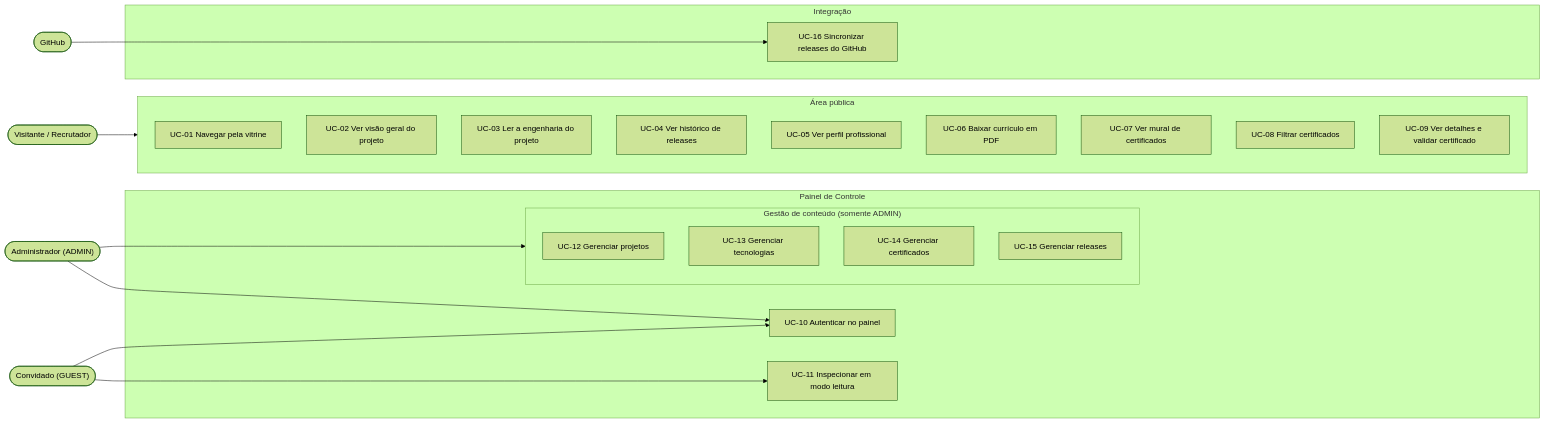
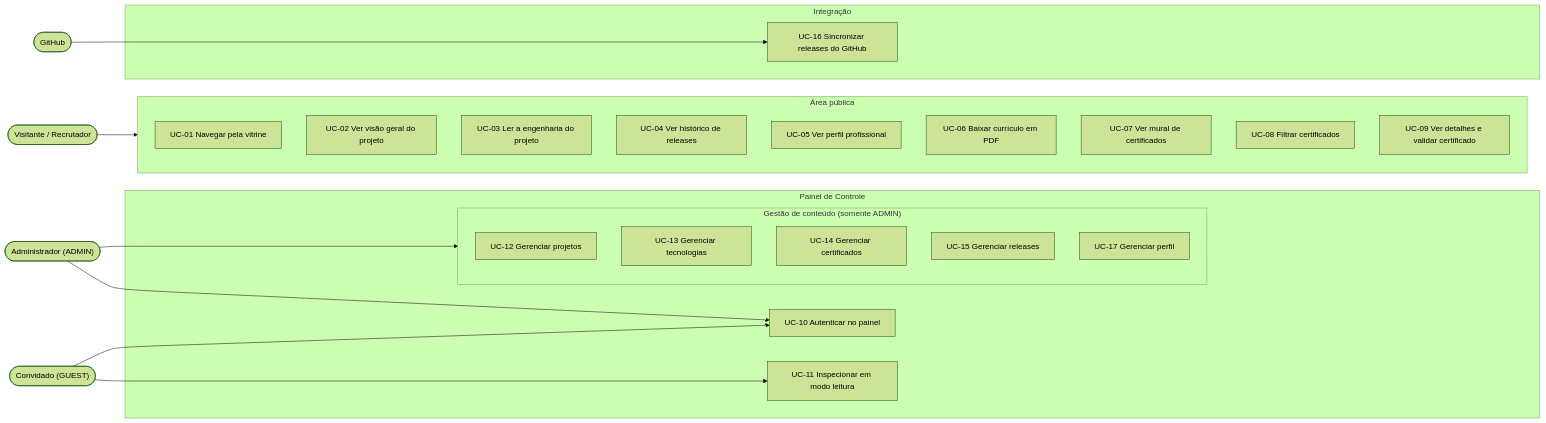
The diagram in docs/casos-de-uso.md (JosivalSalvador/portfolio_JosivalSalvador), drawn with Mermaid (forest theme) before and after one commit. The commit also changed other lines of this file and 39 other files, not shown here.

````diff
--- a/docs/casos-de-uso.md
+++ b/docs/casos-de-uso.md
@@ -55,41 +56,42 @@
 ```mermaid
 flowchart LR
     V(["Visitante / Recrutador"])
     G(["Convidado (GUEST)"])
     A(["Administrador (ADMIN)"])
     GH(["GitHub"])
 
     subgraph PUB["Área pública"]
         UC01["UC-01 Navegar pela vitrine"]
         UC02["UC-02 Ver visão geral do projeto"]
         UC03["UC-03 Ler a engenharia do projeto"]
         UC04["UC-04 Ver histórico de releases"]
         UC05["UC-05 Ver perfil profissional"]
         UC06["UC-06 Baixar currículo em PDF"]
         UC07["UC-07 Ver mural de certificados"]
         UC08["UC-08 Filtrar certificados"]
         UC09["UC-09 Ver detalhes e validar certificado"]
     end
 
     subgraph PAINEL["Painel de Controle"]
         UC10["UC-10 Autenticar no painel"]
         UC11["UC-11 Inspecionar em modo leitura"]
         subgraph GESTAO["Gestão de conteúdo (somente ADMIN)"]
             UC12["UC-12 Gerenciar projetos"]
             UC13["UC-13 Gerenciar tecnologias"]
             UC14["UC-14 Gerenciar certificados"]
             UC15["UC-15 Gerenciar releases"]
+            UC17["UC-17 Gerenciar perfil"]
         end
     end
 
     subgraph INT["Integração"]
         UC16["UC-16 Sincronizar releases do GitHub"]
     end
 
     V --> PUB
     G --> UC10
     G --> UC11
     A --> UC10
     A --> GESTAO
     GH --> UC16
 ```
````
